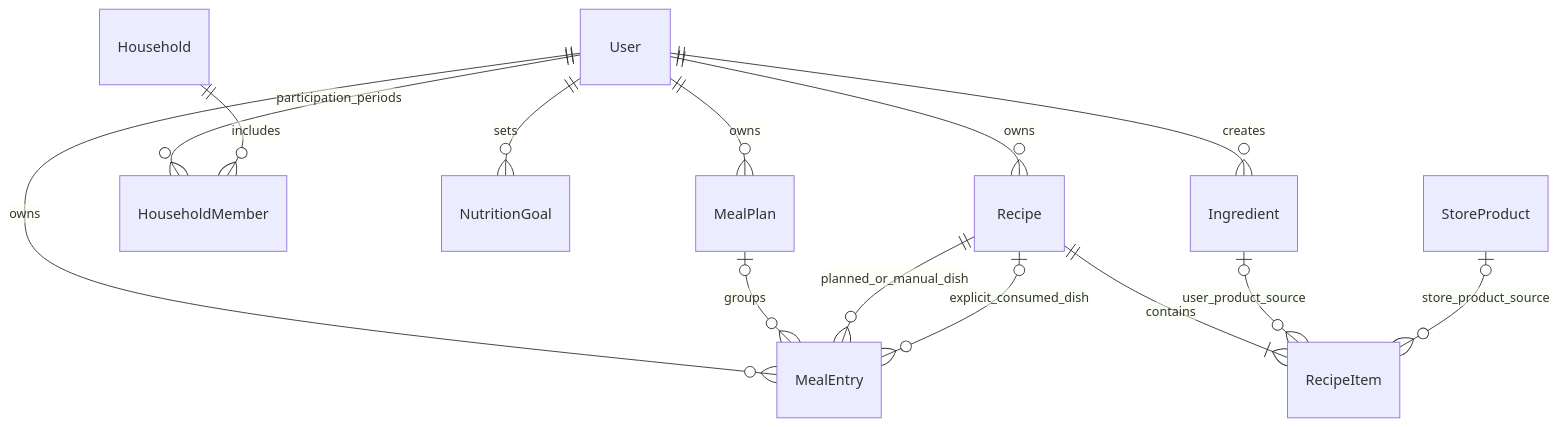
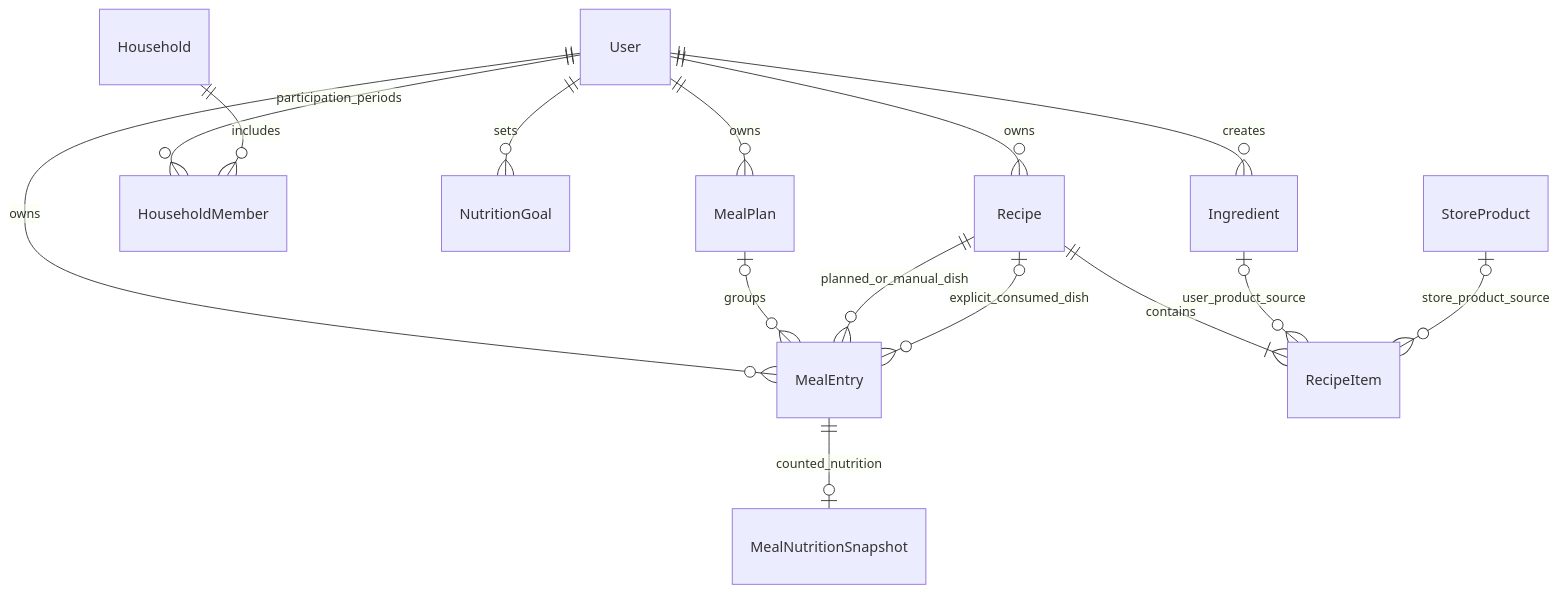
The diagram in backend/README.md (Misha222002/foodTrackder), drawn with Mermaid before and after one commit. The commit also changed other lines of this file and 4 other files, not shown here.

````diff
--- a/backend/README.md
+++ b/backend/README.md
@@ -183,16 +190,17 @@
 ```mermaid
 erDiagram
     User ||--o{ MealPlan : owns
     User ||--o{ MealEntry : owns
     MealPlan o|--o{ MealEntry : groups
     User ||--o{ HouseholdMember : participation_periods
     Household ||--o{ HouseholdMember : includes
     User ||--o{ NutritionGoal : sets
     User ||--o{ Ingredient : creates
     User ||--o{ Recipe : owns
     Recipe ||--|{ RecipeItem : contains
+    MealEntry ||--o| MealNutritionSnapshot : counted_nutrition
     Ingredient o|--o{ RecipeItem : user_product_source
     StoreProduct o|--o{ RecipeItem : store_product_source
     Recipe ||--o{ MealEntry : planned_or_manual_dish
     Recipe o|--o{ MealEntry : explicit_consumed_dish
 ```
````
